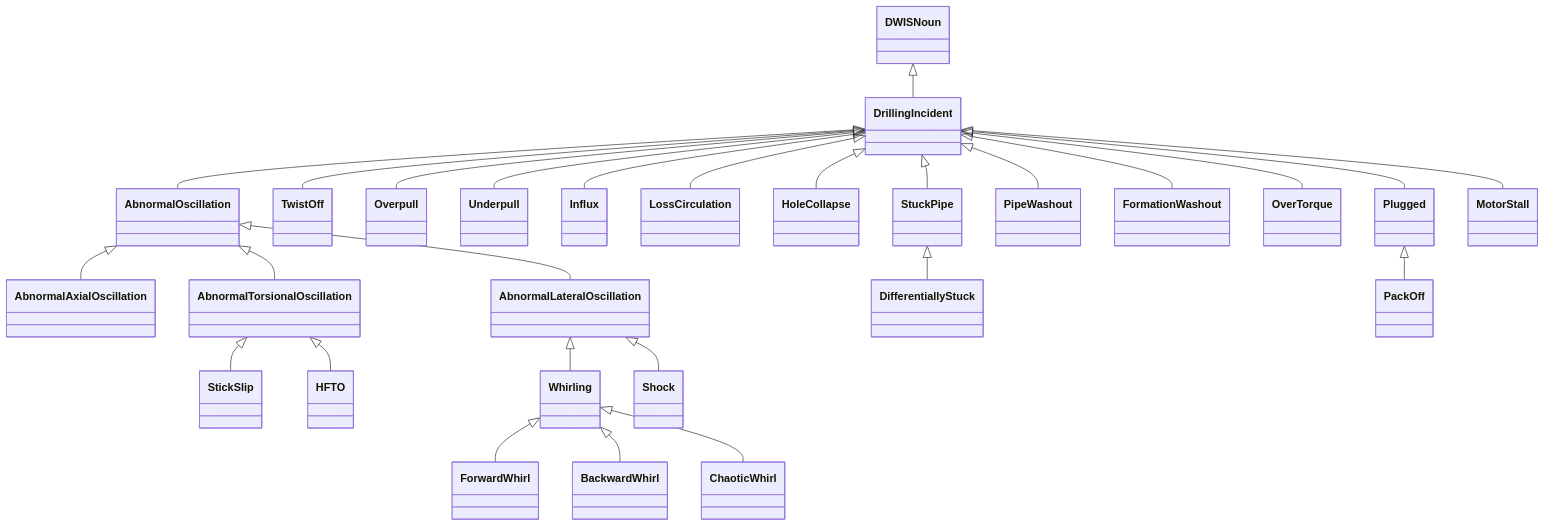
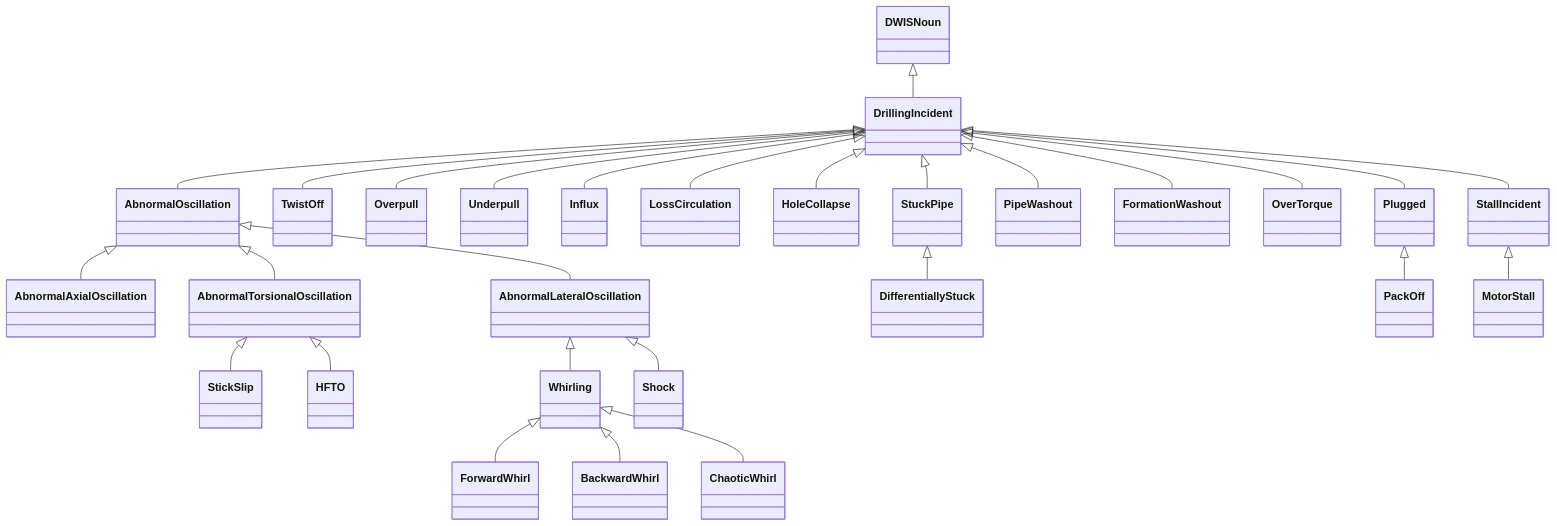
The first of 32 diagrams in docs/vocabulary_development/auto-generated/md/definition-files/DrillingIncident.md (D-WIS/DDHub-Semantic-Interoperability), drawn with Mermaid before and after one commit. The commit also changed other lines of this file and 37 other files, not shown here.

````diff
--- a/docs/vocabulary_development/auto-generated/md/definition-files/DrillingIncident.md
+++ b/docs/vocabulary_development/auto-generated/md/definition-files/DrillingIncident.md
@@ -8,29 +8,30 @@
 ```mermaid
 classDiagram
 DWISNoun <|-- DrillingIncident
 DrillingIncident <|-- AbnormalOscillation
 AbnormalOscillation <|-- AbnormalAxialOscillation
 AbnormalOscillation <|-- AbnormalTorsionalOscillation
 AbnormalOscillation <|-- AbnormalLateralOscillation
 AbnormalTorsionalOscillation <|-- StickSlip
 AbnormalTorsionalOscillation <|-- HFTO
 AbnormalLateralOscillation <|-- Whirling
 Whirling <|-- ForwardWhirl
 Whirling <|-- BackwardWhirl
 Whirling <|-- ChaoticWhirl
 AbnormalLateralOscillation <|-- Shock
 DrillingIncident <|-- TwistOff
 DrillingIncident <|-- Overpull
 DrillingIncident <|-- Underpull
 DrillingIncident <|-- Influx
 DrillingIncident <|-- LossCirculation
 DrillingIncident <|-- HoleCollapse
 DrillingIncident <|-- StuckPipe
 StuckPipe <|-- DifferentiallyStuck
 DrillingIncident <|-- PipeWashout
 DrillingIncident <|-- FormationWashout
 DrillingIncident <|-- OverTorque
 DrillingIncident <|-- Plugged
 Plugged <|-- PackOff
-DrillingIncident <|-- MotorStall
+DrillingIncident <|-- StallIncident
+StallIncident <|-- MotorStall
 ```
````
